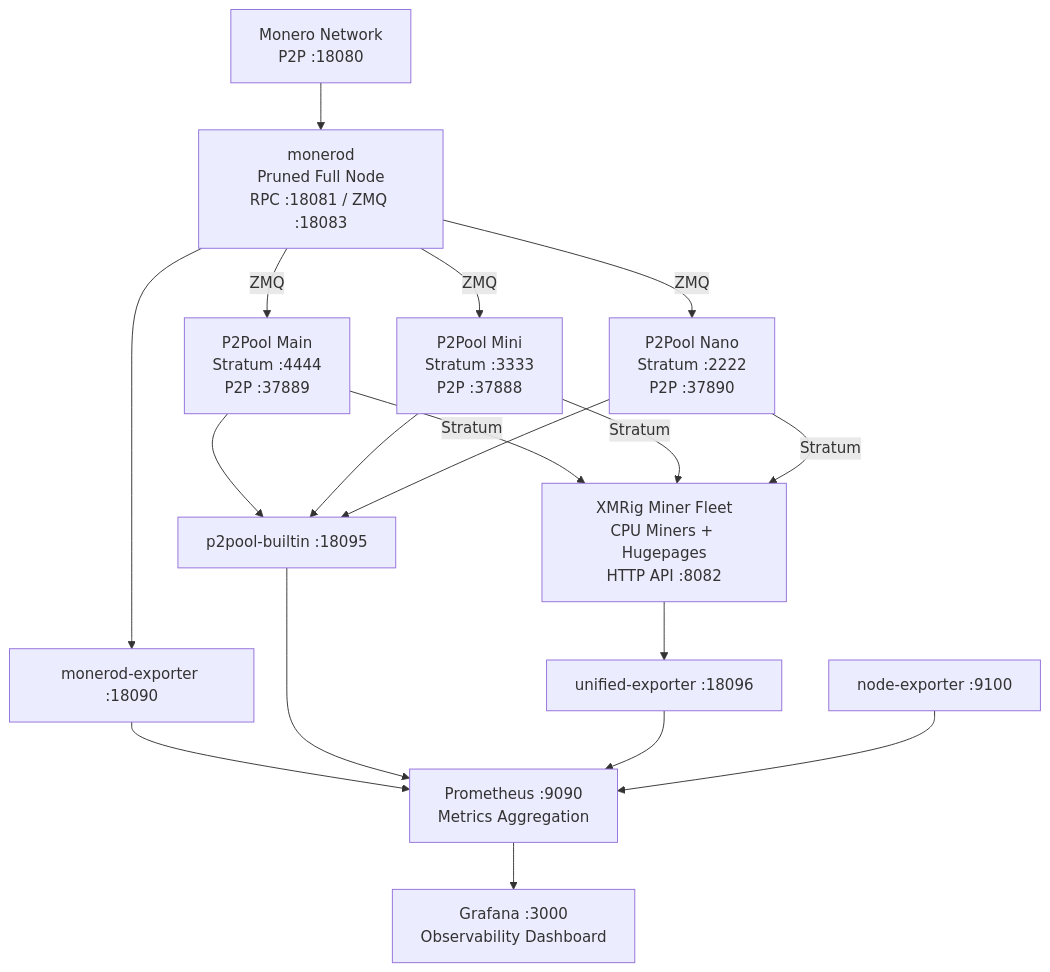
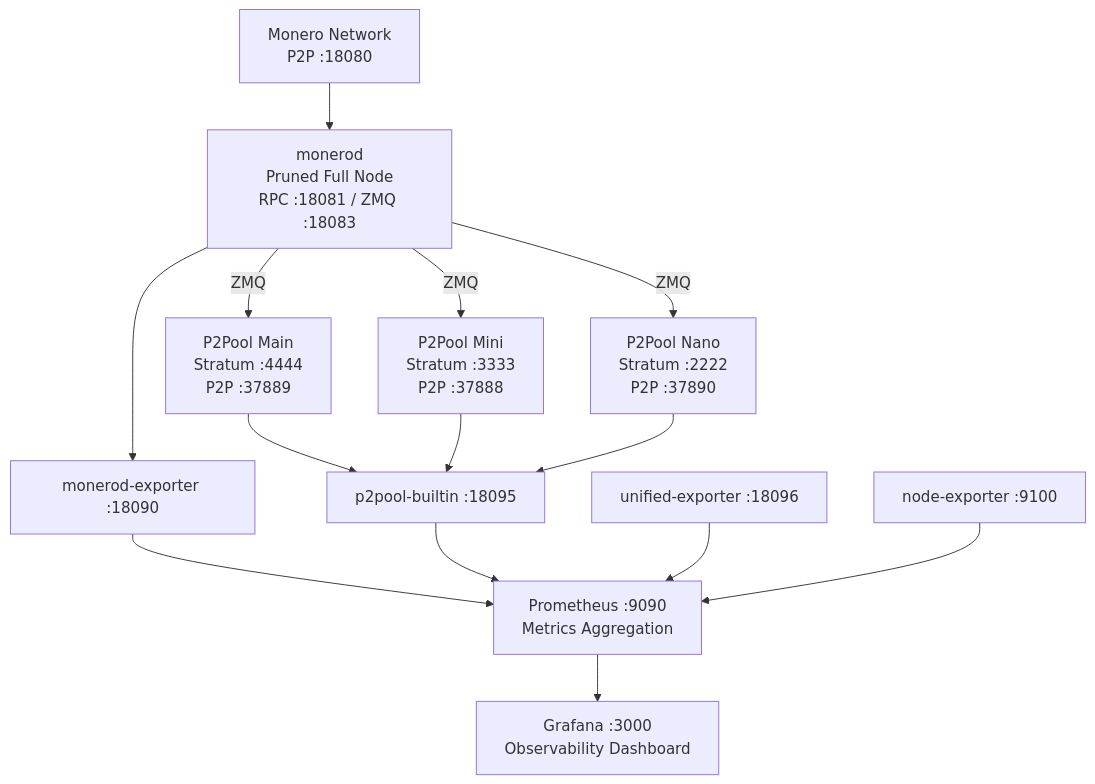
One commit to scoobydont-666/monero-farm changed the diagram in README.md. Above: the diagram before and after it, drawn with Mermaid. The commit also changed other lines of this file and 1 other file, not shown here.

````diff
--- a/README.md
+++ b/README.md
@@ -11,41 +30,34 @@
 ```mermaid
 graph TB
     MoneroNet["Monero Network<br/>P2P :18080"]
     monerod["monerod<br/>Pruned Full Node<br/>RPC :18081 / ZMQ :18083"]
-    
+
     P2PoolMain["P2Pool Main<br/>Stratum :4444<br/>P2P :37889"]
     P2PoolMini["P2Pool Mini<br/>Stratum :3333<br/>P2P :37888"]
     P2PoolNano["P2Pool Nano<br/>Stratum :2222<br/>P2P :37890"]
-    
-    XMRig["XMRig Miner Fleet<br/>CPU Miners + Hugepages<br/>HTTP API :8082"]
-    
+
     MonExporter["monerod-exporter :18090"]
     P2PBuiltin["p2pool-builtin :18095"]
     UnifiedExporter["unified-exporter :18096"]
     NodeExporter["node-exporter :9100"]
-    
+
     Prometheus["Prometheus :9090<br/>Metrics Aggregation"]
     Grafana["Grafana :3000<br/>Observability Dashboard"]
-    
+
     MoneroNet --> monerod
     monerod -->|ZMQ| P2PoolMain
     monerod -->|ZMQ| P2PoolMini
     monerod -->|ZMQ| P2PoolNano
-    
-    P2PoolMain -->|Stratum| XMRig
-    P2PoolMini -->|Stratum| XMRig
-    P2PoolNano -->|Stratum| XMRig
-    
+
     monerod --> MonExporter
     P2PoolMain --> P2PBuiltin
     P2PoolMini --> P2PBuiltin
     P2PoolNano --> P2PBuiltin
-    XMRig --> UnifiedExporter
-    
+
     MonExporter --> Prometheus
     P2PBuiltin --> Prometheus
     UnifiedExporter --> Prometheus
     NodeExporter --> Prometheus
-    
+
     Prometheus --> Grafana
 ```
````
